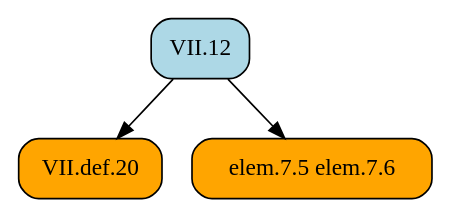
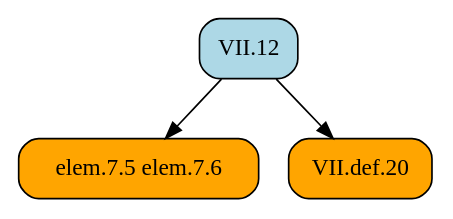
One commit to geometor/elements changed the diagram in docsrc/heath/VII/12/index.rst. Above: the diagram before and after it, drawn with Graphviz. The commit also changed other lines of this file and 1029 other files, not shown here.

```diff
--- a/docsrc/heath/VII/12/index.rst
+++ b/docsrc/heath/VII/12/index.rst
@@ -38,11 +38,11 @@
 .. graphviz::
 
    digraph {
      rankdir="TB";
      node [shape=box, style=rounded];
+     "elem.7.5 elem.7.6" [style="rounded,filled", fillcolor=orange];
      "VII.def.20" [style="rounded,filled", fillcolor=orange, URL="/heath/VII/def.20/", target="_top"];
-     "elem.7.5 elem.7.6" [style="rounded,filled", fillcolor=orange];
      "VII.12" [style="rounded,filled", fillcolor=lightblue, URL="/heath/VII/12/", target="_top"];
+     "VII.12" -> "elem.7.5 elem.7.6";
      "VII.12" -> "VII.def.20";
-     "VII.12" -> "elem.7.5 elem.7.6";
    }
```
